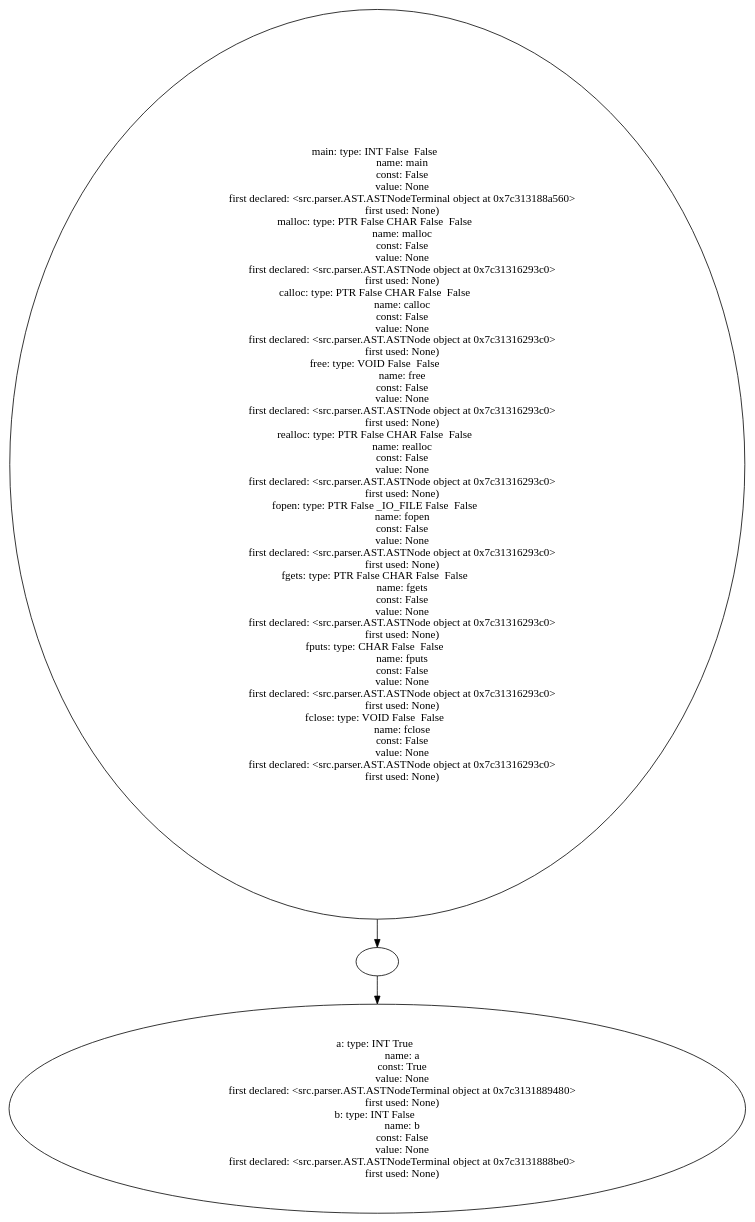
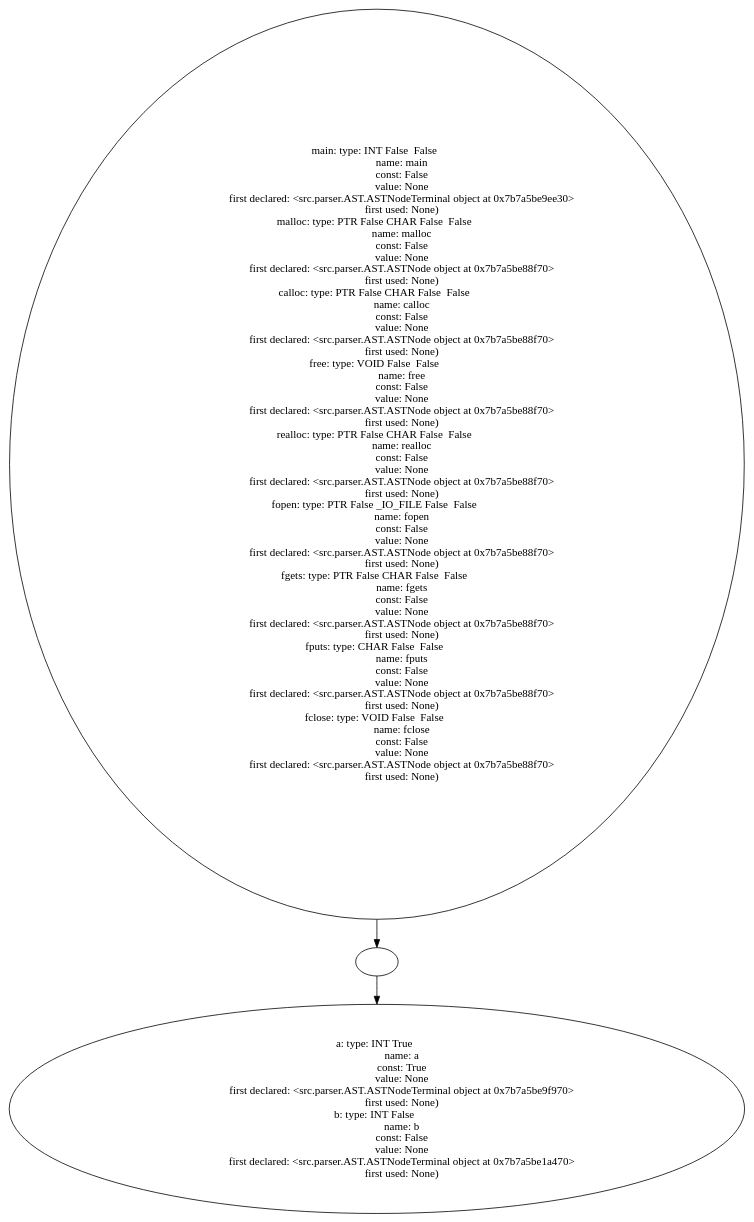
The diagram in example_source_files/18_constant_propagation/18_constant_propagation_table.dot (Are-you-listening/Compilers), drawn with Graphviz before and after one commit. The commit also changed 324 other files, not shown here.

```diff
--- a/example_source_files/18_constant_propagation/18_constant_propagation_table.dot
+++ b/example_source_files/18_constant_propagation/18_constant_propagation_table.dot
@@ -1,71 +1,71 @@
 digraph AST {
-  "136550726273536" [label="main: type: INT False  False  
+  "135765458280528" [label="main: type: INT False  False  
                    name: main
                    const: False
                    value: None
-                   first declared: <src.parser.AST.ASTNodeTerminal object at 0x7c313188a560>
+                   first declared: <src.parser.AST.ASTNodeTerminal object at 0x7b7a5be9ee30>
                    first used: None)
 malloc: type: PTR False CHAR False  False  
                    name: malloc
                    const: False
                    value: None
-                   first declared: <src.parser.AST.ASTNode object at 0x7c31316293c0>
+                   first declared: <src.parser.AST.ASTNode object at 0x7b7a5be88f70>
                    first used: None)
 calloc: type: PTR False CHAR False  False  
                    name: calloc
                    const: False
                    value: None
-                   first declared: <src.parser.AST.ASTNode object at 0x7c31316293c0>
+                   first declared: <src.parser.AST.ASTNode object at 0x7b7a5be88f70>
                    first used: None)
 free: type: VOID False  False  
                    name: free
                    const: False
                    value: None
-                   first declared: <src.parser.AST.ASTNode object at 0x7c31316293c0>
+                   first declared: <src.parser.AST.ASTNode object at 0x7b7a5be88f70>
                    first used: None)
 realloc: type: PTR False CHAR False  False  
                    name: realloc
                    const: False
                    value: None
-                   first declared: <src.parser.AST.ASTNode object at 0x7c31316293c0>
+                   first declared: <src.parser.AST.ASTNode object at 0x7b7a5be88f70>
                    first used: None)
 fopen: type: PTR False _IO_FILE False  False  
                    name: fopen
                    const: False
                    value: None
-                   first declared: <src.parser.AST.ASTNode object at 0x7c31316293c0>
+                   first declared: <src.parser.AST.ASTNode object at 0x7b7a5be88f70>
                    first used: None)
 fgets: type: PTR False CHAR False  False  
                    name: fgets
                    const: False
                    value: None
-                   first declared: <src.parser.AST.ASTNode object at 0x7c31316293c0>
+                   first declared: <src.parser.AST.ASTNode object at 0x7b7a5be88f70>
                    first used: None)
 fputs: type: CHAR False  False  
                    name: fputs
                    const: False
                    value: None
-                   first declared: <src.parser.AST.ASTNode object at 0x7c31316293c0>
+                   first declared: <src.parser.AST.ASTNode object at 0x7b7a5be88f70>
                    first used: None)
 fclose: type: VOID False  False  
                    name: fclose
                    const: False
                    value: None
-                   first declared: <src.parser.AST.ASTNode object at 0x7c31316293c0>
+                   first declared: <src.parser.AST.ASTNode object at 0x7b7a5be88f70>
                    first used: None)"];
-  "136550726273536" -> "136550726275840";
-  "136550726275840" [label=""];
-  "136550726275840" -> "136550726273632";
-  "136550726273632" [label="a: type: INT True  
+  "135765458280528" -> "135765458284176";
+  "135765458284176" [label=""];
+  "135765458284176" -> "135765458273520";
+  "135765458273520" [label="a: type: INT True  
                    name: a
                    const: True
                    value: None
-                   first declared: <src.parser.AST.ASTNodeTerminal object at 0x7c3131889480>
+                   first declared: <src.parser.AST.ASTNodeTerminal object at 0x7b7a5be9f970>
                    first used: None)
 b: type: INT False  
                    name: b
                    const: False
                    value: None
-                   first declared: <src.parser.AST.ASTNodeTerminal object at 0x7c3131888be0>
+                   first declared: <src.parser.AST.ASTNodeTerminal object at 0x7b7a5be1a470>
                    first used: None)"];
 }
```
